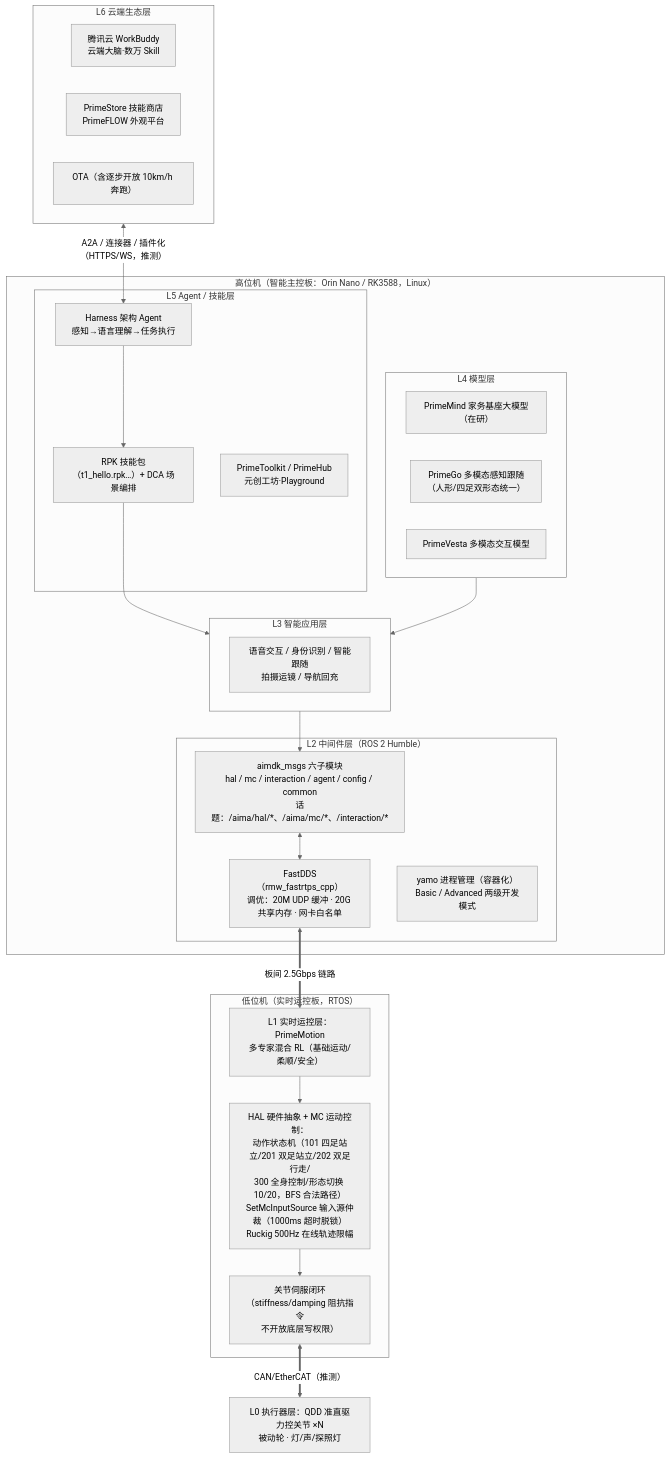
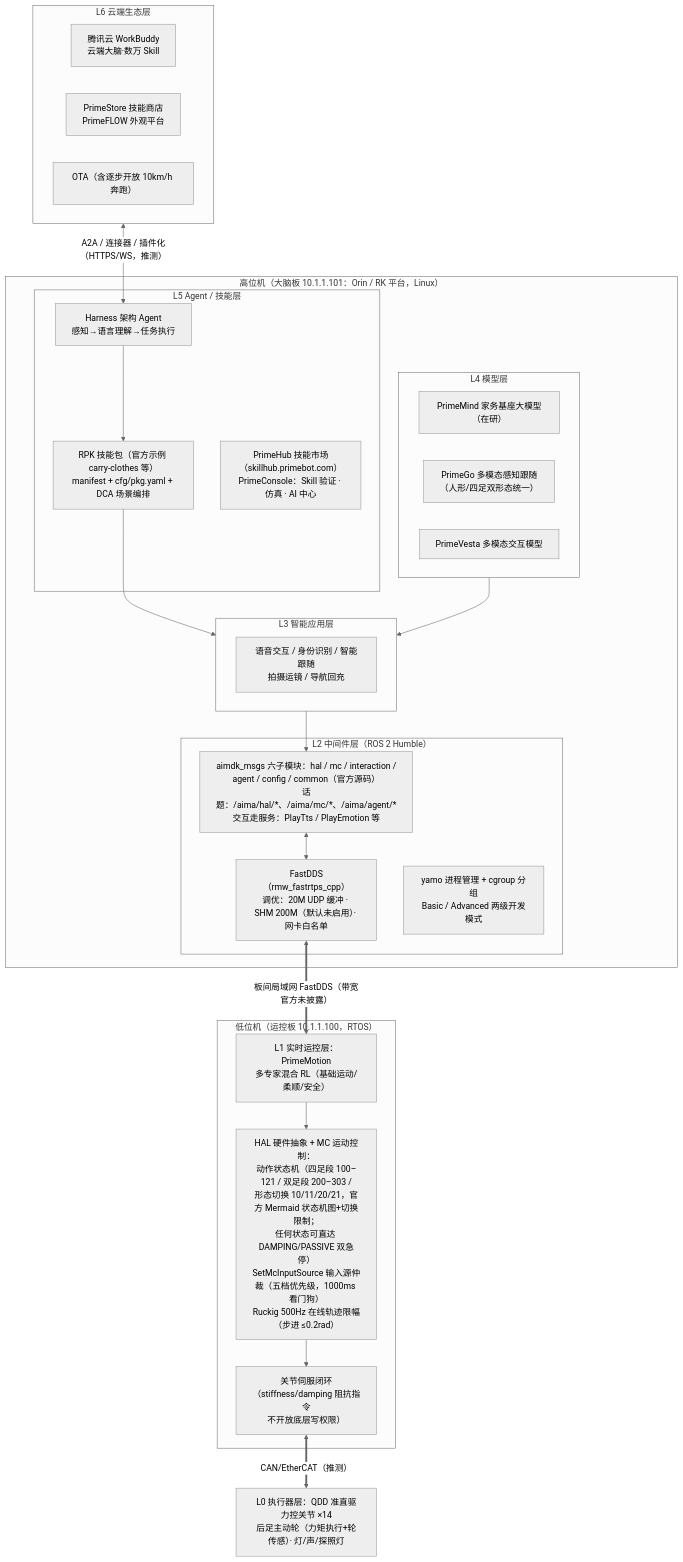
One commit to liqiliang9090/myrobot changed the second of 8 diagrams in quadruped-software-architecture.md. Above: the diagram before and after it, drawn with Mermaid (neutral theme). The commit also changed other lines of this file, not shown here.

````diff
--- a/quadruped-software-architecture.md
+++ b/quadruped-software-architecture.md
@@ -145,46 +146,46 @@
 ```mermaid
 flowchart TB
     subgraph L6["L6 云端生态层"]
         WB["腾讯云 WorkBuddy<br/>云端大脑·数万 Skill"]
         STORE["PrimeStore 技能商店<br/>PrimeFLOW 外观平台"]
         OTA2["OTA（含逐步开放 10km/h 奔跑）"]
     end
 
-    subgraph HOST["高位机（智能主控板：Orin Nano / RK3588，Linux）"]
+    subgraph HOST["高位机（大脑板 10.1.1.101：Orin / RK 平台，Linux）"]
         subgraph L5["L5 Agent / 技能层"]
             AGENT["Harness 架构 Agent<br/>感知→语言理解→任务执行"]
-            RPK["RPK 技能包<br/>（t1_hello.rpk…）+ DCA 场景编排"]
-            TK["PrimeToolkit / PrimeHub<br/>元创工坊·Playground"]
+            RPK["RPK 技能包（官方示例 carry-clothes 等）<br/>manifest + cfg/pkg.yaml + DCA 场景编排"]
+            TK["PrimeHub 技能市场（skillhub.primebot.com）<br/>PrimeConsole：Skill 验证 · 仿真 · AI 中心"]
         end
         subgraph L4["L4 模型层"]
             PM["PrimeMind 家务基座大模型（在研）"]
             PG["PrimeGo 多模态感知跟随<br/>（人形/四足双形态统一）"]
             PV["PrimeVesta 多模态交互模型"]
         end
         subgraph L3["L3 智能应用层"]
             APP["语音交互 / 身份识别 / 智能跟随<br/>拍摄运镜 / 导航回充"]
         end
         subgraph L2["L2 中间件层（ROS 2 Humble）"]
-            DDS["FastDDS（rmw_fastrtps_cpp）<br/>调优：20M UDP 缓冲 · 20G 共享内存 · 网卡白名单"]
-            MSG["aimdk_msgs 六子模块<br/>hal / mc / interaction / agent / config / common<br/>话题：/aima/hal/*、/aima/mc/*、/interaction/*"]
-            YAMO["yamo 进程管理（容器化）<br/>Basic / Advanced 两级开发模式"]
+            DDS["FastDDS（rmw_fastrtps_cpp）<br/>调优：20M UDP 缓冲 · SHM 200M（默认未启用）· 网卡白名单"]
+            MSG["aimdk_msgs 六子模块：hal / mc / interaction /<br/>agent / config / common（官方源码）<br/>话题：/aima/hal/*、/aima/mc/*、/aima/agent/*<br/>交互走服务：PlayTts / PlayEmotion 等"]
+            YAMO["yamo 进程管理 + cgroup 分组<br/>Basic / Advanced 两级开发模式"]
         end
     end
 
-    subgraph MCU["低位机（实时运控板，RTOS）"]
+    subgraph MCU["低位机（运控板 10.1.1.100，RTOS）"]
         L1["L1 实时运控层：PrimeMotion<br/>多专家混合 RL（基础运动/柔顺/安全）"]
-        WBC["HAL 硬件抽象 + MC 运动控制：<br/>动作状态机（101 四足站立/201 双足站立/202 双足行走/<br/>300 全身控制/形态切换 10/20，BFS 合法路径）<br/>SetMcInputSource 输入源仲裁（1000ms 超时脱锁）<br/>Ruckig 500Hz 在线轨迹限幅"]
+        WBC["HAL 硬件抽象 + MC 运动控制：<br/>动作状态机（四足段 100–121 / 双足段 200–303 /<br/>形态切换 10/11/20/21，官方 Mermaid 状态机图+切换限制；<br/>任何状态可直达 DAMPING/PASSIVE 双急停）<br/>SetMcInputSource 输入源仲裁（五档优先级，1000ms 看门狗）<br/>Ruckig 500Hz 在线轨迹限幅（步进 ≤0.2rad）"]
         SRV["关节伺服闭环（stiffness/damping 阻抗指令<br/>不开放底层写权限）"]
     end
 
-    L0["L0 执行器层：QDD 准直驱力控关节 ×N<br/>被动轮 · 灯/声/探照灯"]
+    L0["L0 执行器层：QDD 准直驱力控关节 ×14<br/>后足主动轮（力矩执行+轮传感）· 灯/声/探照灯"]
 
     L6 <-->|"A2A / 连接器 / 插件化（HTTPS/WS，推测）"| AGENT
     AGENT --> RPK --> L3
     L3 --> MSG
     L4 --> L3
     MSG <--> DDS
-    DDS <==>|"板间 2.5Gbps 链路"| L1
+    DDS <==>|"板间局域网 FastDDS（带宽官方未披露）"| L1
     L1 --> WBC --> SRV
     SRV <==>|"CAN/EtherCAT（推测）"| L0
 ```
````
